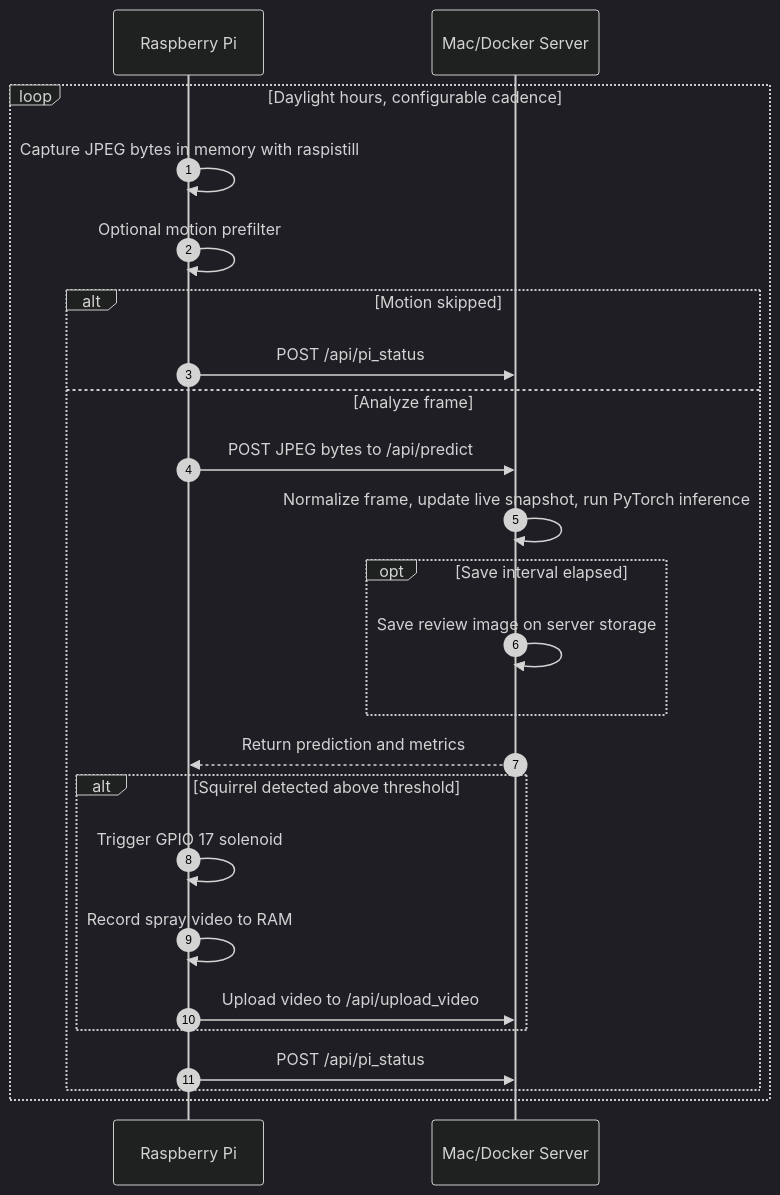
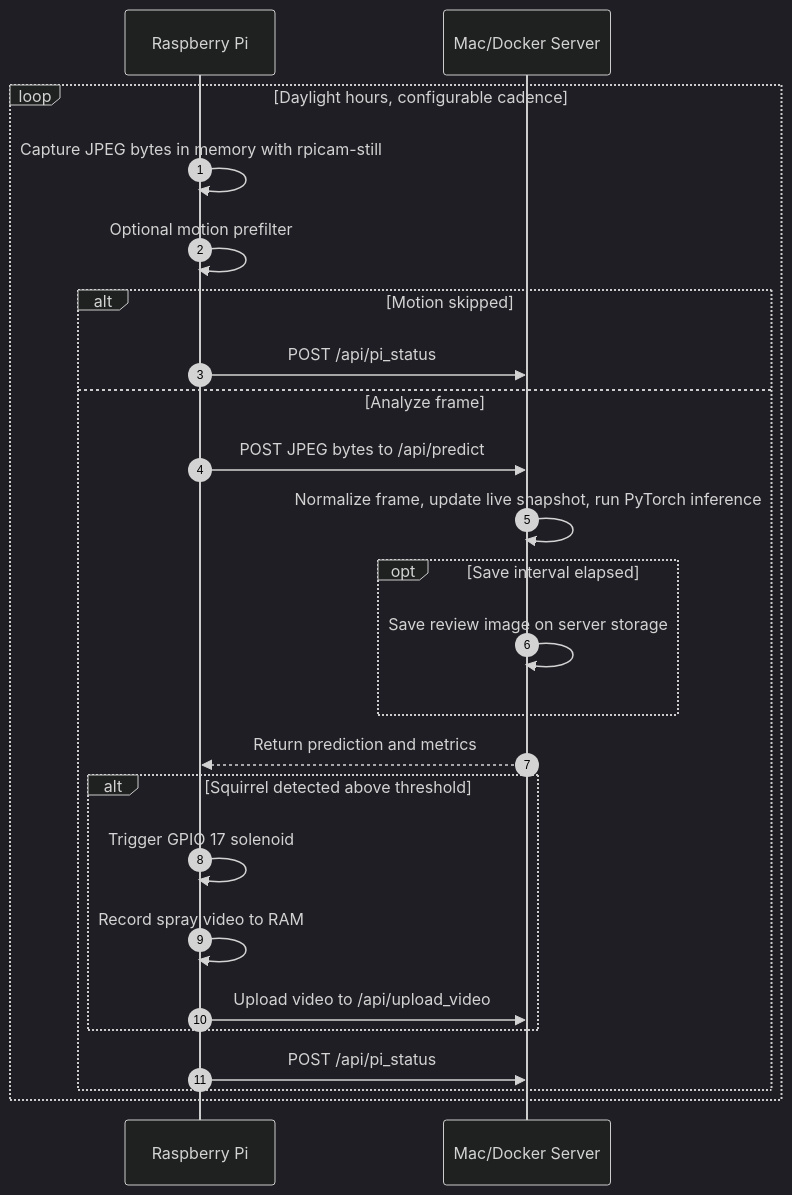
Before and after one commit to nkgilley/squirrel-soaker: the diagram in README.md, drawn with Mermaid (dark theme). The commit also changed other lines of this file and 4 other files, not shown here.

````diff
--- a/README.md
+++ b/README.md
@@ -16,24 +16,24 @@
 ```mermaid
 sequenceDiagram
     autonumber
     loop Daylight hours, configurable cadence
-        Raspberry Pi->>Raspberry Pi: Capture JPEG bytes in memory with raspistill
+        Raspberry Pi->>Raspberry Pi: Capture JPEG bytes in memory with rpicam-still
         Raspberry Pi->>Raspberry Pi: Optional motion prefilter
         alt Motion skipped
             Raspberry Pi->>Mac/Docker Server: POST /api/pi_status
         else Analyze frame
             Raspberry Pi->>Mac/Docker Server: POST JPEG bytes to /api/predict
             Mac/Docker Server->>Mac/Docker Server: Normalize frame, update live snapshot, run PyTorch inference
             opt Save interval elapsed
                 Mac/Docker Server->>Mac/Docker Server: Save review image on server storage
             end
             Mac/Docker Server-->>Raspberry Pi: Return prediction and metrics
             alt Squirrel detected above threshold
                 Raspberry Pi->>Raspberry Pi: Trigger GPIO 17 solenoid
                 Raspberry Pi->>Raspberry Pi: Record spray video to RAM
                 Raspberry Pi->>Mac/Docker Server: Upload video to /api/upload_video
             end
             Raspberry Pi->>Mac/Docker Server: POST /api/pi_status
         end
     end
 ```
````
